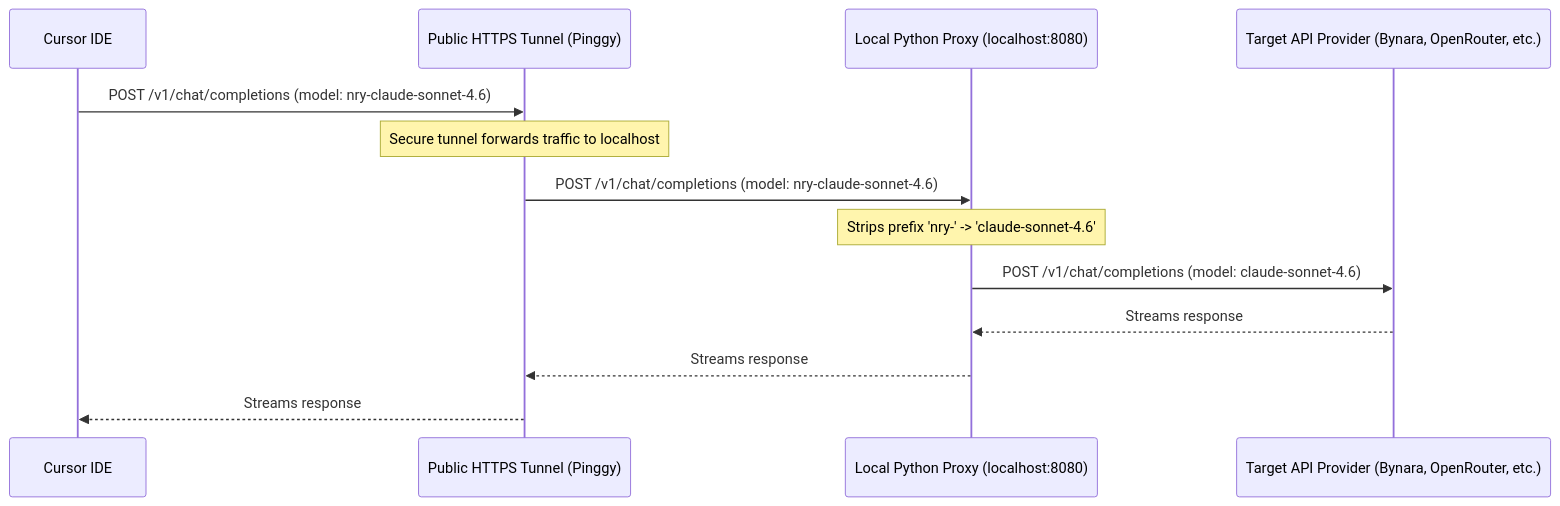
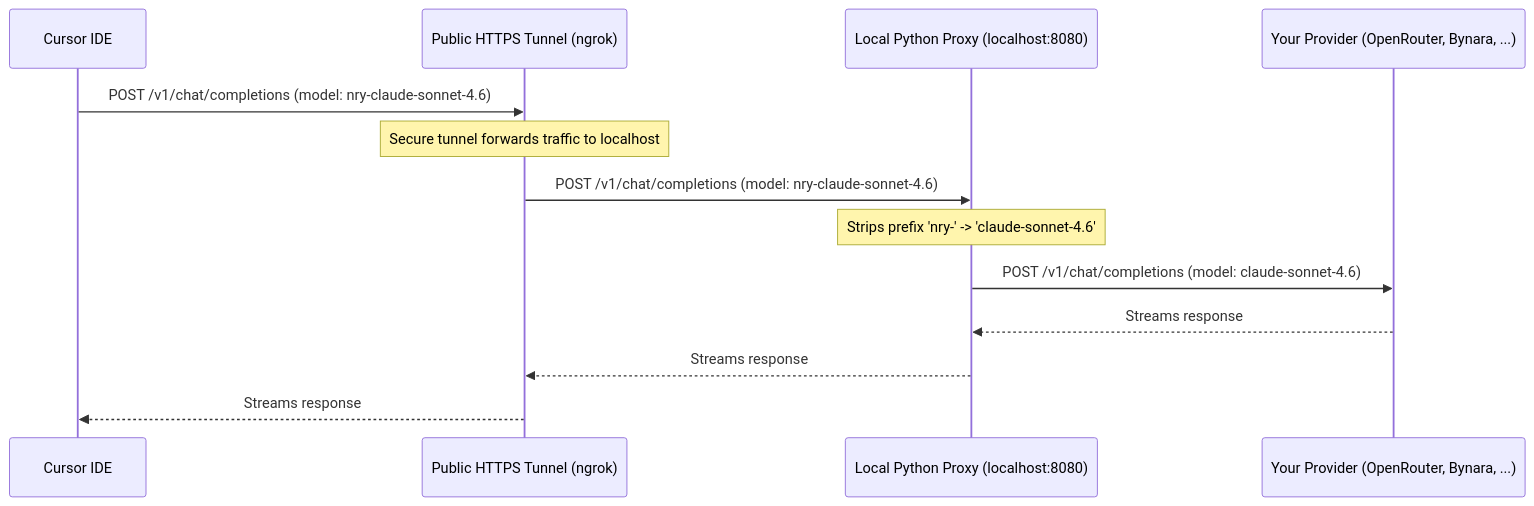
One commit to xFurti/cursor-custom-provider changed the diagram in README.md. Above: the diagram before and after it, drawn with Mermaid. The commit also changed other lines of this file and 2 other files, not shown here.

Commit message:
Docs: Add MIT LICENSE, rewrite README for cursor-custom-provider with BYOK/Pro disclaimer, add test.py validation script

````diff
--- a/README.md
+++ b/README.md
@@ -12,16 +40,16 @@
 ```mermaid
 sequenceDiagram
     participant Cursor as Cursor IDE
-    participant ProxyTunnel as Public HTTPS Tunnel (Pinggy)
-    participant LocalProxy as Local Python Proxy (localhost:8080)
-    participant TargetAPI as Target API Provider (Bynara, OpenRouter, etc.)
+    participant Tunnel as Public HTTPS Tunnel (ngrok)
+    participant Proxy as Local Python Proxy (localhost:8080)
+    participant API as Your Provider (OpenRouter, Bynara, ...)
 
-    Cursor->>ProxyTunnel: POST /v1/chat/completions (model: nry-claude-sonnet-4.6)
-    Note over ProxyTunnel: Secure tunnel forwards traffic to localhost
-    ProxyTunnel->>LocalProxy: POST /v1/chat/completions (model: nry-claude-sonnet-4.6)
-    Note over LocalProxy: Strips prefix 'nry-' -> 'claude-sonnet-4.6'
-    LocalProxy->>TargetAPI: POST /v1/chat/completions (model: claude-sonnet-4.6)
-    TargetAPI-->>LocalProxy: Streams response
-    LocalProxy-->>ProxyTunnel: Streams response
-    ProxyTunnel-->>Cursor: Streams response
+    Cursor->>Tunnel: POST /v1/chat/completions (model: nry-claude-sonnet-4.6)
+    Note over Tunnel: Secure tunnel forwards traffic to localhost
+    Tunnel->>Proxy: POST /v1/chat/completions (model: nry-claude-sonnet-4.6)
+    Note over Proxy: Strips prefix 'nry-' -> 'claude-sonnet-4.6'
+    Proxy->>API: POST /v1/chat/completions (model: claude-sonnet-4.6)
+    API-->>Proxy: Streams response
+    Proxy-->>Tunnel: Streams response
+    Tunnel-->>Cursor: Streams response
 ```
````
